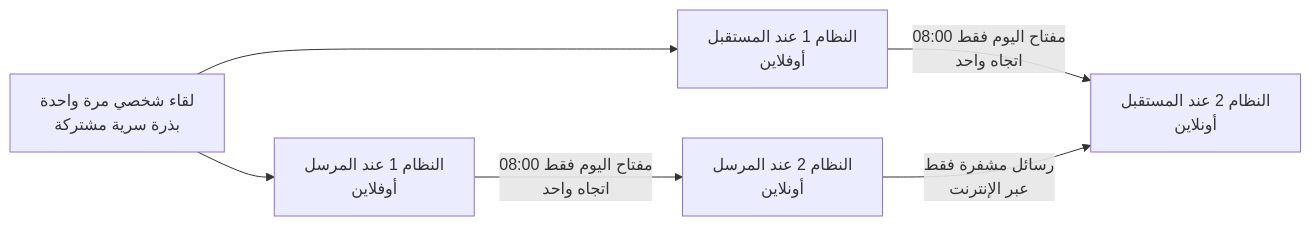
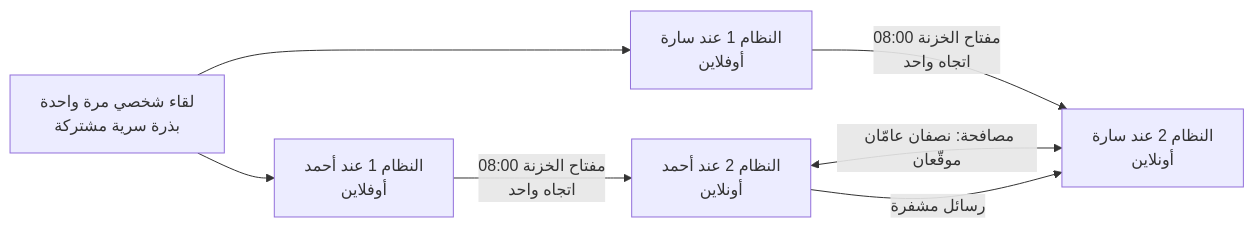
Before and after one commit to abdou07mm-spec/Abderrezak-gridi-: the diagram in synced-key-rotation/README.md, drawn with Mermaid. The commit also changed other lines of this file and 5 other files, not shown here.

````diff
--- a/synced-key-rotation/README.md
+++ b/synced-key-rotation/README.md
@@ -58,9 +87,10 @@
 ```mermaid
 flowchart LR
     M[لقاء شخصي مرة واحدة<br/>بذرة سرية مشتركة]
-    M --> V1[النظام 1 عند المرسل<br/>أوفلاين]
-    M --> V2[النظام 1 عند المستقبل<br/>أوفلاين]
-    V1 -- "08:00 مفتاح اليوم فقط<br/>اتجاه واحد" --> N1[النظام 2 عند المرسل<br/>أونلاين]
-    V2 -- "08:00 مفتاح اليوم فقط<br/>اتجاه واحد" --> N2[النظام 2 عند المستقبل<br/>أونلاين]
-    N1 -- "رسائل مشفرة فقط<br/>عبر الإنترنت" --> N2
+    M --> V1[النظام 1 عند أحمد<br/>أوفلاين]
+    M --> V2[النظام 1 عند سارة<br/>أوفلاين]
+    V1 -->|"08:00 مفتاح الخزنة<br/>اتجاه واحد"| N1[النظام 2 عند أحمد<br/>أونلاين]
+    V2 -->|"08:00 مفتاح الخزنة<br/>اتجاه واحد"| N2[النظام 2 عند سارة<br/>أونلاين]
+    N1 <-->|"مصافحة: نصفان عامّان موقّعان"| N2
+    N1 -->|"رسائل مشفرة"| N2
 ```
````
